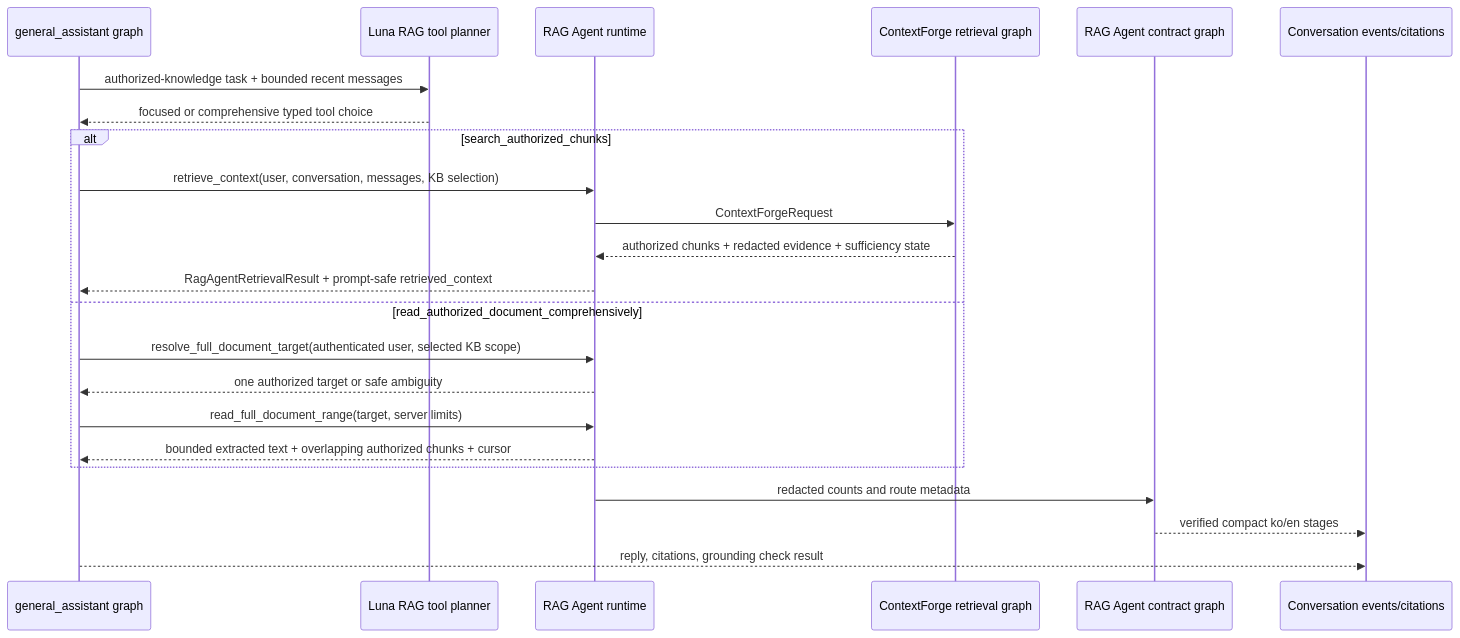
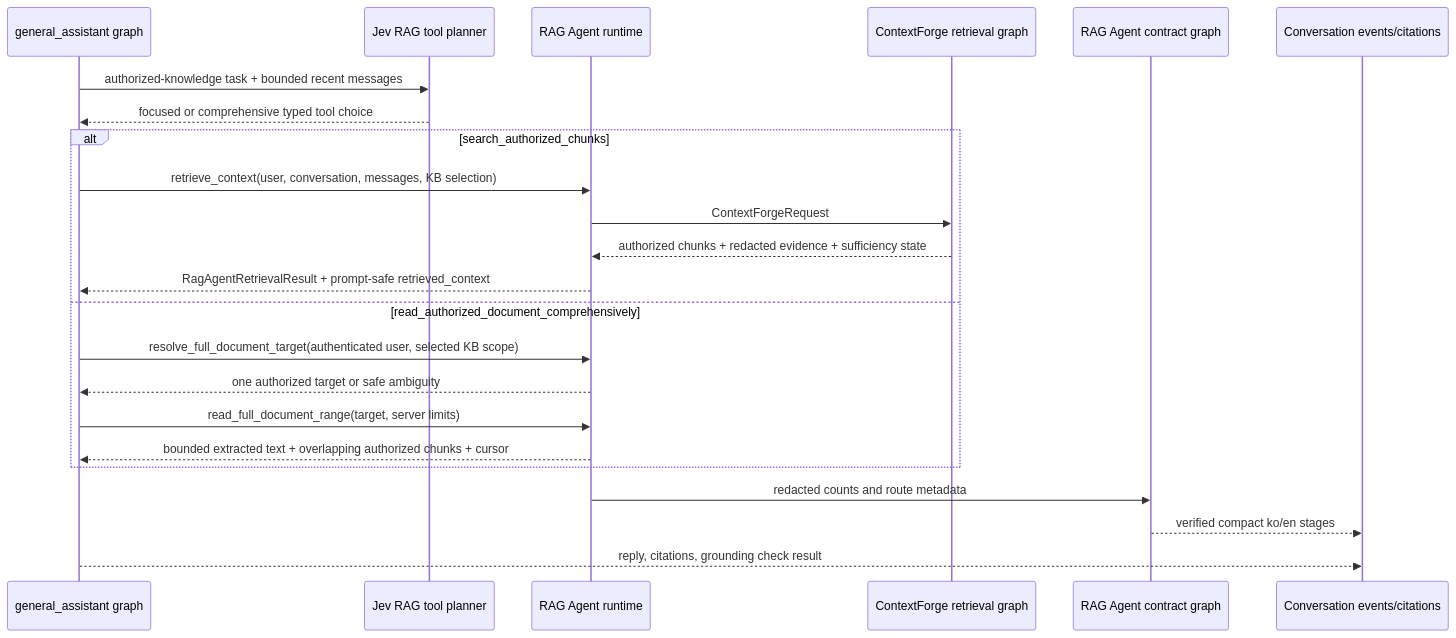
The diagram in my_agents/agents/rag_agent/README.en.md (heecheon92/my-agents), drawn with Mermaid before and after one commit. The commit also changed other lines of this file and 29 other files, not shown here.

````diff
--- a/my_agents/agents/rag_agent/README.en.md
+++ b/my_agents/agents/rag_agent/README.en.md
@@ -34,26 +34,26 @@
 ```mermaid
 sequenceDiagram
     participant GA as general_assistant graph
-    participant Planner as Luna RAG tool planner
+    participant Planner as Jev RAG tool planner
     participant RAG as RAG Agent runtime
     participant CF as ContextForge retrieval graph
     participant Trace as RAG Agent contract graph
     participant Events as Conversation events/citations
 
     GA->>Planner: authorized-knowledge task + bounded recent messages
     Planner-->>GA: focused or comprehensive typed tool choice
     alt search_authorized_chunks
         GA->>RAG: retrieve_context(user, conversation, messages, KB selection)
         RAG->>CF: ContextForgeRequest
         CF-->>RAG: authorized chunks + redacted evidence + sufficiency state
         RAG-->>GA: RagAgentRetrievalResult + prompt-safe retrieved_context
     else read_authorized_document_comprehensively
         GA->>RAG: resolve_full_document_target(authenticated user, selected KB scope)
         RAG-->>GA: one authorized target or safe ambiguity
         GA->>RAG: read_full_document_range(target, server limits)
         RAG-->>GA: bounded extracted text + overlapping authorized chunks + cursor
     end
     RAG->>Trace: redacted counts and route metadata
     Trace-->>Events: verified compact ko/en stages
     GA-->>Events: reply, citations, grounding check result
 ```
````
